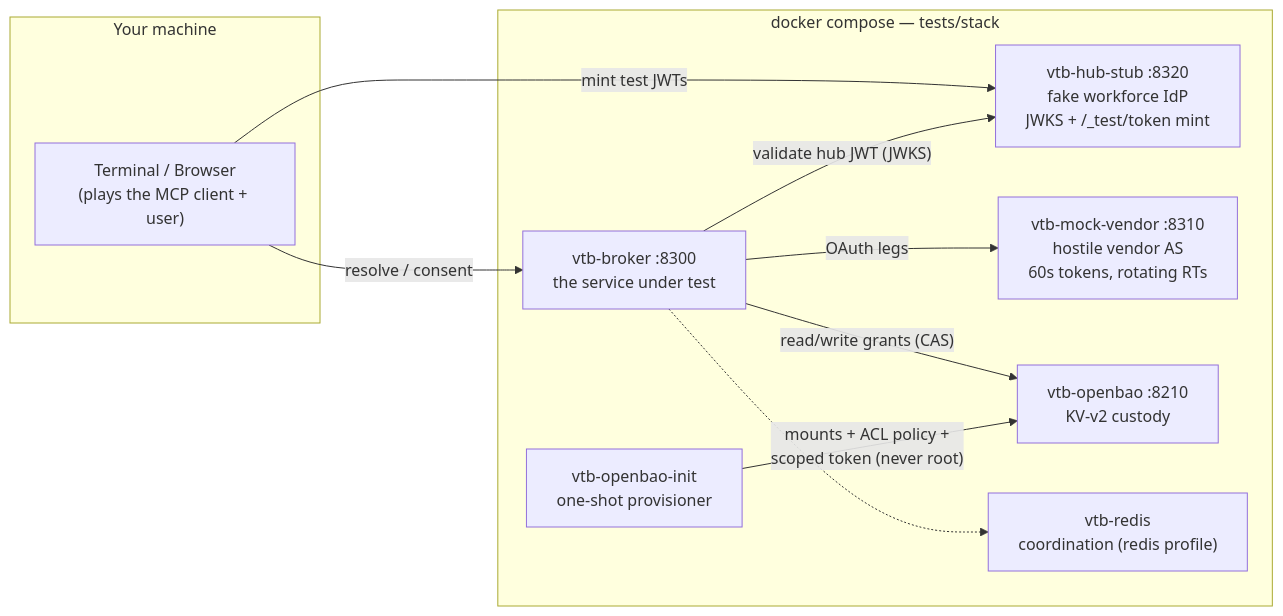
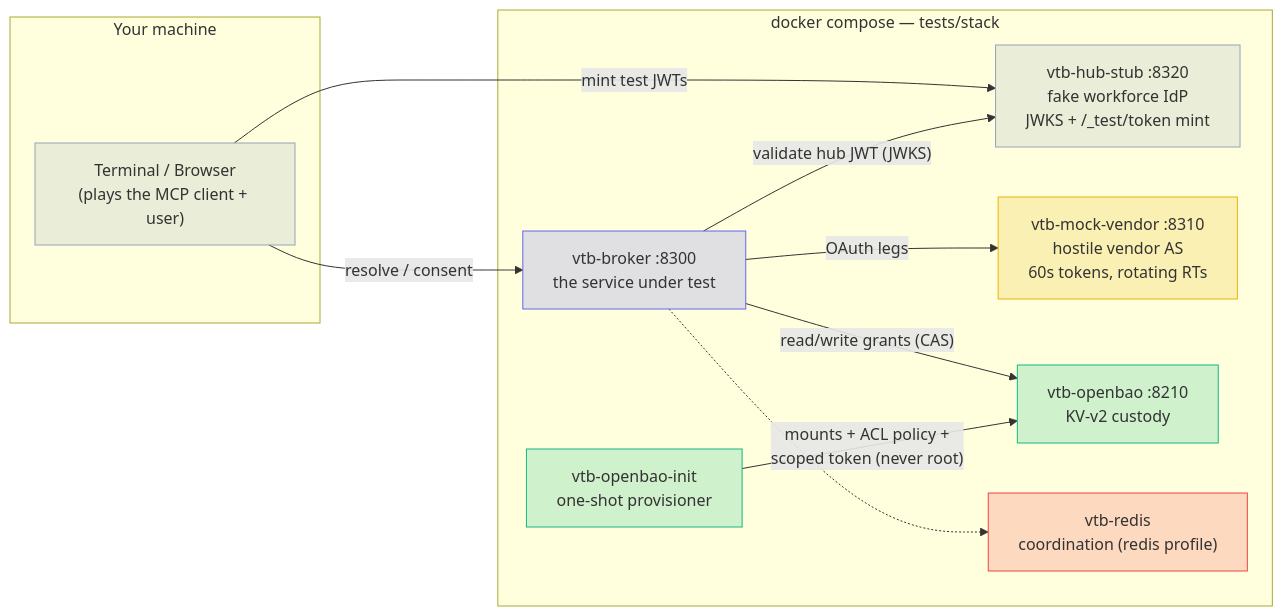
The first of 7 diagrams in docs/smoke-tests.md (chief-builder/vendor-token-broker), drawn with Mermaid before and after one commit. The commit also changed other lines of this file and 1 other file, not shown here.

First line of the commit message:
docs: theme-aware diagram colors + decluttered orientation map

````diff
--- a/docs/smoke-tests.md
+++ b/docs/smoke-tests.md
@@ -20,21 +20,32 @@
 ```mermaid
 flowchart LR
     subgraph host["Your machine"]
         T["Terminal / Browser<br/>(plays the MCP client + user)"]
     end
     subgraph compose["docker compose — tests/stack"]
         B["vtb-broker :8300<br/>the service under test"]
         H["vtb-hub-stub :8320<br/>fake workforce IdP<br/>JWKS + /_test/token mint"]
         M["vtb-mock-vendor :8310<br/>hostile vendor AS<br/>60s tokens, rotating RTs"]
         V["vtb-openbao :8210<br/>KV-v2 custody"]
         R["vtb-redis<br/>coordination (redis profile)"]
         I["vtb-openbao-init<br/>one-shot provisioner"]
     end
     T -- "resolve / consent" --> B
     T -- "mint test JWTs" --> H
     B -- "validate hub JWT (JWKS)" --> H
     B -- "OAuth legs" --> M
     B -- "read/write grants (CAS)" --> V
     B -.-> R
     I -- "mounts + ACL policy +<br/>scoped token (never root)" --> V
+
+    classDef broker fill:#6366f133,stroke:#6366f1
+    classDef vendor fill:#eab30833,stroke:#eab308
+    classDef custody fill:#10b98133,stroke:#10b981
+    classDef coord fill:#ef444433,stroke:#ef4444
+    classDef neutral fill:#94a3b833,stroke:#94a3b8
+    class B broker
+    class M vendor
+    class V,I custody
+    class R coord
+    class T,H neutral
 ```
````
